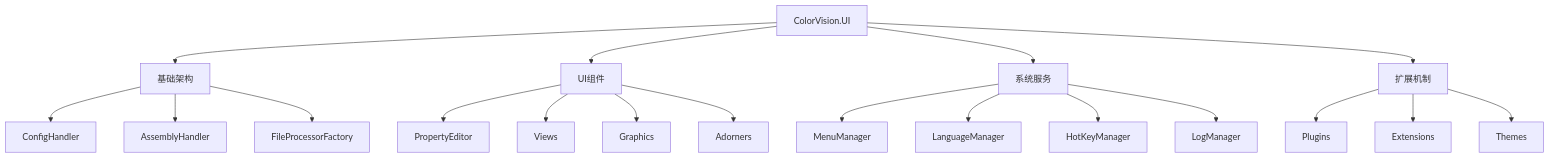
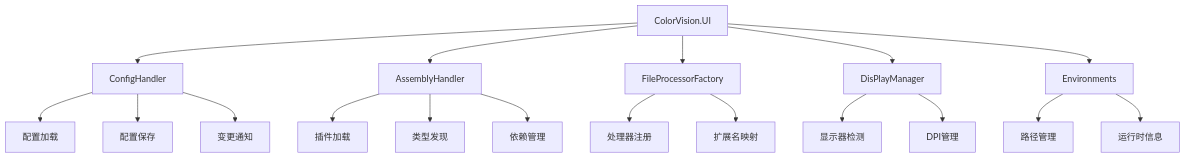
Before and after one commit to xincheng213618/scgd_general_wpf: the diagram in docs/04-api-reference/ui-components/ColorVision.UI.md, drawn with Mermaid. The commit also changed other lines of this file and 10 other files, not shown here.

````diff
--- a/docs/04-api-reference/ui-components/ColorVision.UI.md
+++ b/docs/04-api-reference/ui-components/ColorVision.UI.md
@@ -71,25 +55,25 @@
 ```mermaid
 graph TD
-    A[ColorVision.UI] --> B[基础架构]
-    A --> C[UI组件]
-    A --> D[系统服务]
-    A --> E[扩展机制]
+    A[ColorVision.UI] --> B[ConfigHandler]
+    A --> C[AssemblyHandler]
+    A --> D[FileProcessorFactory]
+    A --> E[DisPlayManager]
+    A --> F[Environments]
     
-    B --> B1[ConfigHandler]
-    B --> B2[AssemblyHandler]
-    B --> B3[FileProcessorFactory]
+    B --> B1[配置加载]
+    B --> B2[配置保存]
+    B --> B3[变更通知]
     
-    C --> C1[PropertyEditor]
-    C --> C2[Views]
-    C --> C3[Graphics]
-    C --> C4[Adorners]
+    C --> C1[插件加载]
+    C --> C2[类型发现]
+    C --> C3[依赖管理]
     
-    D --> D1[MenuManager]
-    D --> D2[LanguageManager]
-    D --> D3[HotKeyManager]
-    D --> D4[LogManager]
+    D --> D1[处理器注册]
+    D --> D2[扩展名映射]
     
-    E --> E1[Plugins]
-    E --> E2[Extensions]
-    E --> E3[Themes]
+    E --> E1[显示器检测]
+    E --> E2[DPI管理]
+    
+    F --> F1[路径管理]
+    F --> F2[运行时信息]
 ```
````
